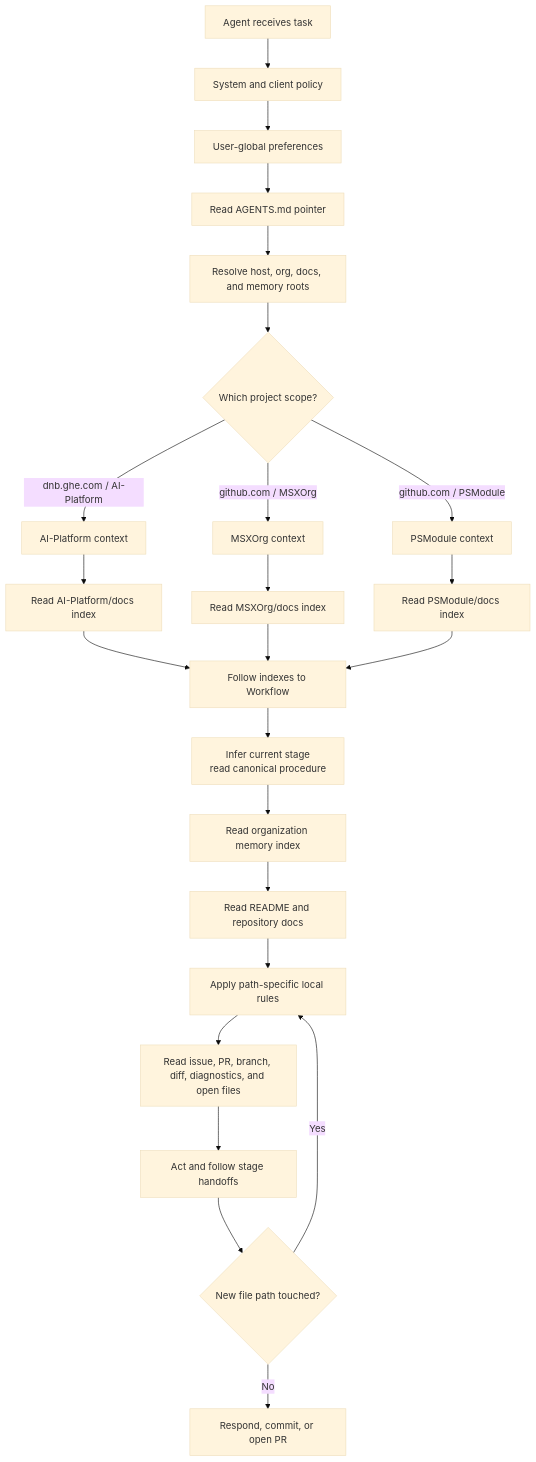
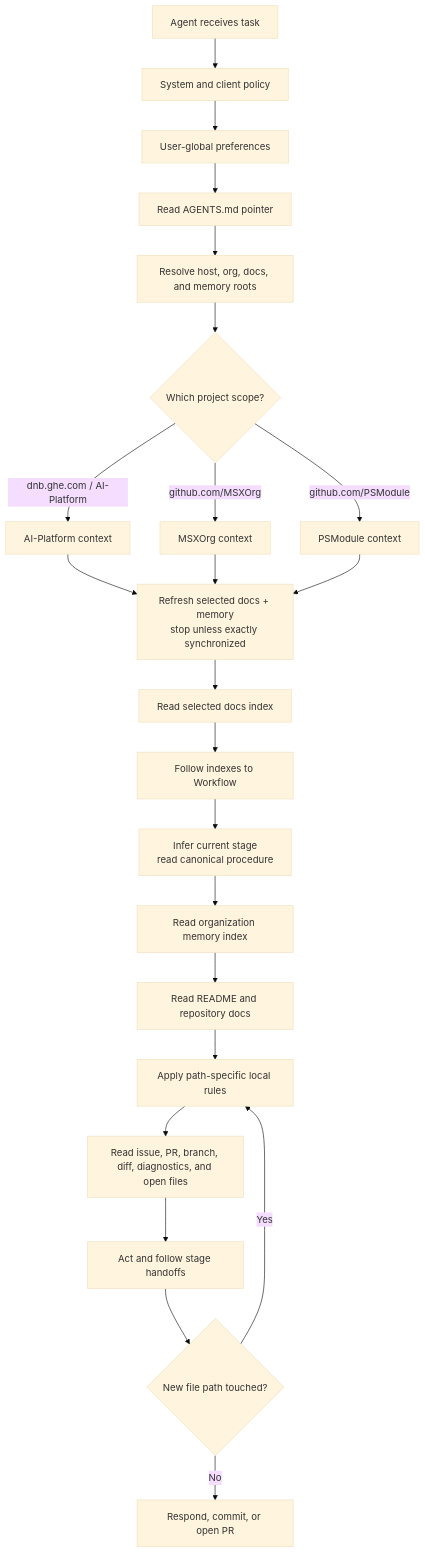
The diagram in src/docs/Frameworks/Agentic-Development/design.md (MSXOrg/docs), drawn with Mermaid (base theme) before and after one commit. The commit also changed other lines of this file and 3 other files, not shown here.

````diff
--- a/src/docs/Frameworks/Agentic-Development/design.md
+++ b/src/docs/Frameworks/Agentic-Development/design.md
@@ -128,32 +128,29 @@
 ```mermaid
 flowchart TD
   start["Agent receives task"] --> policy["System and client policy"]
   policy --> user["User-global preferences"]
   user --> pointer["Read AGENTS.md pointer"]
   pointer --> locate["Resolve host, org, docs, and memory roots"]
 
   locate --> host{"Which project scope?"}
   host -->|"dnb.ghe.com / AI-Platform"| aip["AI-Platform context"]
-  host -->|"github.com / MSXOrg"| msx["MSXOrg context"]
-  host -->|"github.com / PSModule"| psmodule["PSModule context"]
+  host -->|"github.com/MSXOrg"| msx["MSXOrg context"]
+  host -->|"github.com/PSModule"| psmodule["PSModule context"]
 
-  aip --> aipdocs["Read AI-Platform/docs index"]
-  aipdocs --> workflow["Follow indexes to Workflow"]
-
-  msx --> msxdocs["Read MSXOrg/docs index"]
-  msxdocs --> workflow
-
-  psmodule --> psdocs["Read PSModule/docs index"]
-  psdocs --> workflow
+  aip --> refresh["Refresh selected docs + memory<br/>stop unless exactly synchronized"]
+  msx --> refresh
+  psmodule --> refresh
+  refresh --> docs["Read selected docs index"]
+  docs --> workflow["Follow indexes to Workflow"]
 
   workflow --> stage["Infer current stage<br/>read canonical procedure"]
   stage --> memory["Read organization memory index"]
   memory --> repo["Read README and repository docs"]
   repo --> path["Apply path-specific local rules"]
   path --> task["Read issue, PR, branch, diff, diagnostics, and open files"]
   task --> act["Act and follow stage handoffs"]
 
   act --> newpath{"New file path touched?"}
   newpath -->|"Yes"| path
   newpath -->|"No"| done["Respond, commit, or open PR"]
 ```
````
